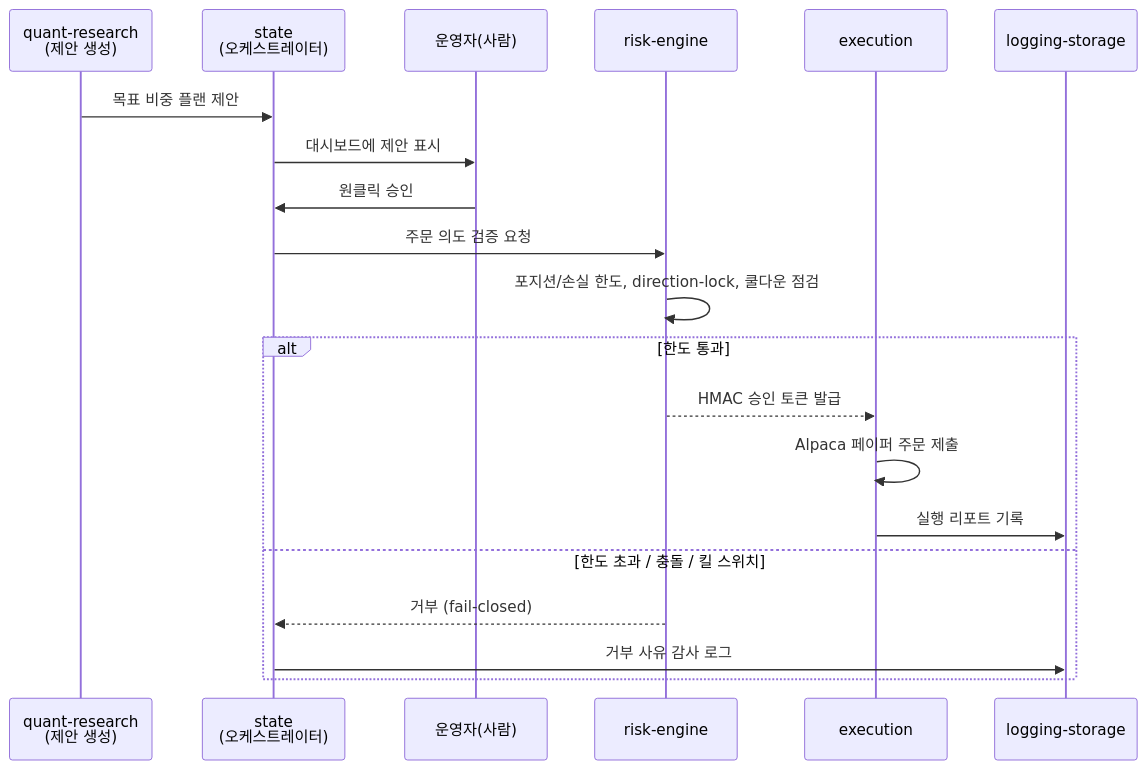
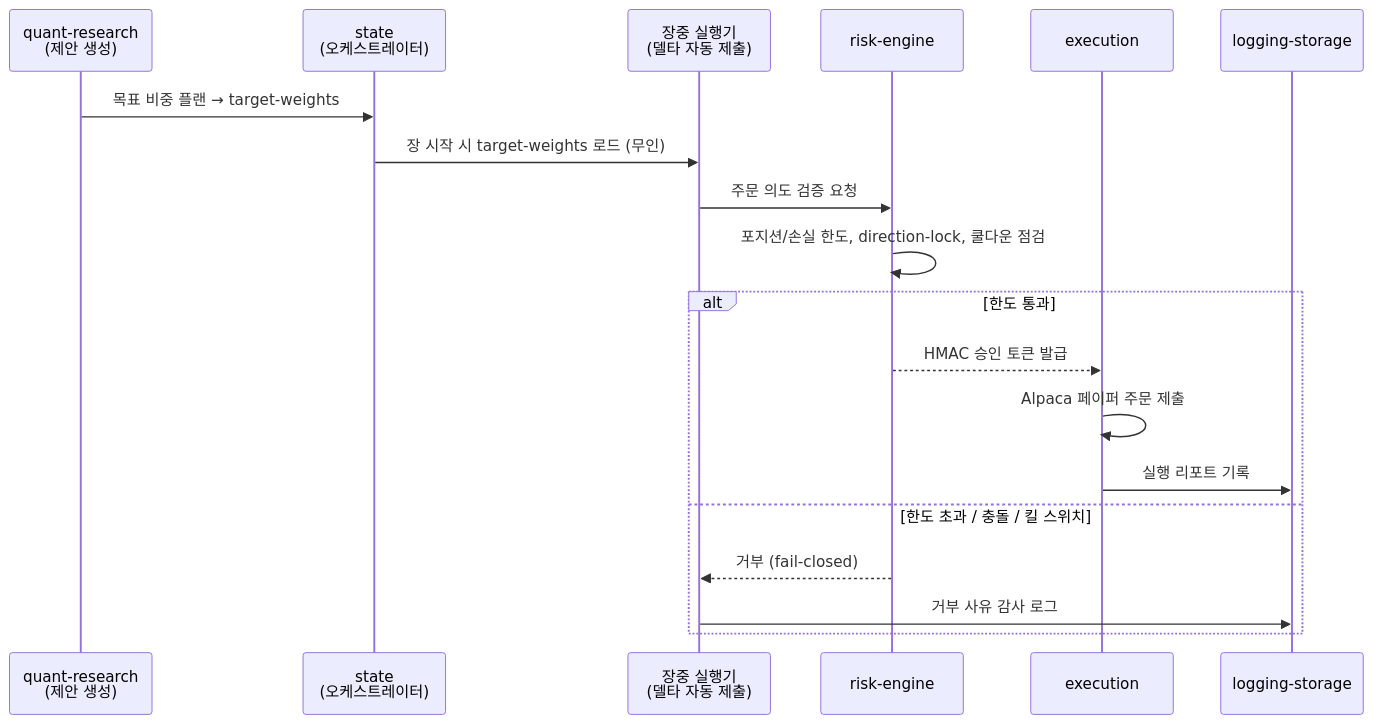
One commit to xlegend1024/investIQ-docs changed the diagram in ko-kr/part3_4_approval_gated_execution.md. Above: the diagram before and after it, drawn with Mermaid. The commit also changed other lines of this file and 22 other files, not shown here.

````diff
--- a/ko-kr/part3_4_approval_gated_execution.md
+++ b/ko-kr/part3_4_approval_gated_execution.md
@@ -31,23 +35,22 @@
 ```mermaid
 sequenceDiagram
     participant R as quant-research<br/>(제안 생성)
     participant S as state<br/>(오케스트레이터)
-    participant U as 운영자(사람)
+    participant EX as 장중 실행기<br/>(델타 자동 제출)
     participant RE as risk-engine
     participant E as execution
     participant L as logging-storage
 
-    R->>S: 목표 비중 플랜 제안
-    S->>U: 대시보드에 제안 표시
-    U->>S: 원클릭 승인
-    S->>RE: 주문 의도 검증 요청
+    R->>S: 목표 비중 플랜 → target-weights
+    S->>EX: 장 시작 시 target-weights 로드 (무인)
+    EX->>RE: 주문 의도 검증 요청
     RE->>RE: 포지션/손실 한도, direction-lock, 쿨다운 점검
     alt 한도 통과
         RE-->>E: HMAC 승인 토큰 발급
         E->>E: Alpaca 페이퍼 주문 제출
         E->>L: 실행 리포트 기록
     else 한도 초과 / 충돌 / 킬 스위치
-        RE-->>S: 거부 (fail-closed)
-        S->>L: 거부 사유 감사 로그
+        RE-->>EX: 거부 (fail-closed)
+        EX->>L: 거부 사유 감사 로그
     end
 ```
````
